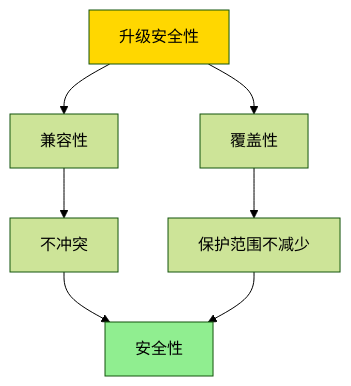
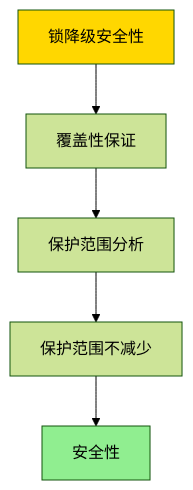
The seventh of 7 diagrams in PostgreSQL/10-理论基础/03-事务与并发控制/03.10-锁升级与降级-安全性与死锁影响的形式证明.md (AdaMartin18010/PostgreSQL_modern), drawn with Mermaid (forest theme) before and after one commit. The commit also changed other lines of this file and 5 other files, not shown here.

````diff
--- a/PostgreSQL/10-理论基础/03-事务与并发控制/03.10-锁升级与降级-安全性与死锁影响的形式证明.md
+++ b/PostgreSQL/10-理论基础/03-事务与并发控制/03.10-锁升级与降级-安全性与死锁影响的形式证明.md
@@ -233,12 +398,10 @@
 ```mermaid
 graph TD
-    A[升级安全性] --> B[兼容性]
-    A --> C[覆盖性]
-    B --> D[不冲突]
-    C --> E[保护范围不减少]
-    D --> F[安全性]
-    E --> F
+    A[锁降级安全性] --> B[覆盖性保证]
+    B --> C[保护范围分析]
+    C --> D[保护范围不减少]
+    D --> E[安全性]
 
     style A fill:#FFD700
-    style F fill:#90EE90
+    style E fill:#90EE90
 ```
````
